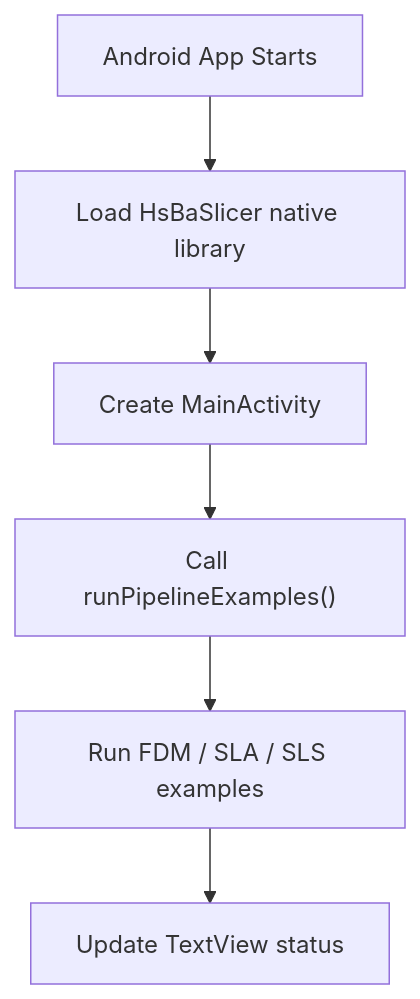
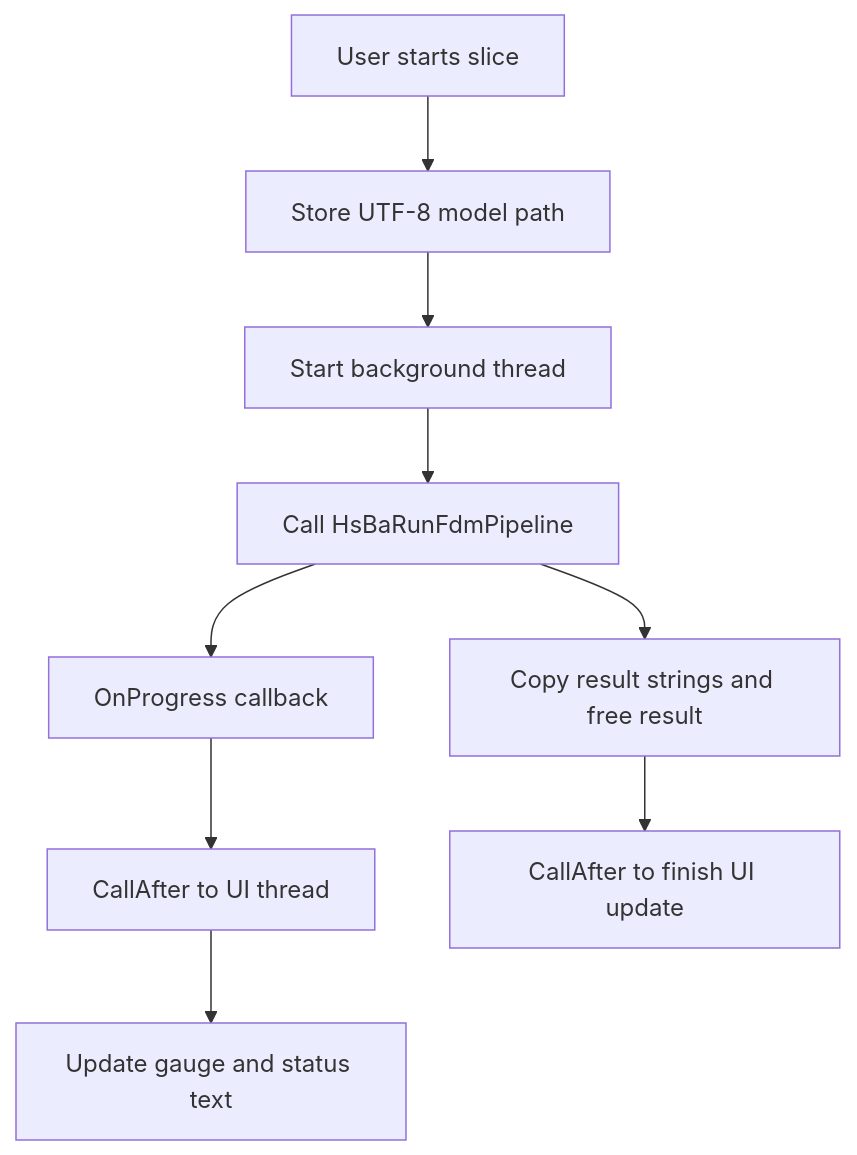
Before and after one commit to hsmbanlance/HsBaSlicer: the sixth of 9 diagrams in .qoder/repowiki/en/content/Integration Guide/Integration Guide.md, drawn with Mermaid. The commit also changed other lines of this file and 1095 other files, not shown here.

````diff
--- a/.qoder/repowiki/en/content/Integration Guide/Integration Guide.md
+++ b/.qoder/repowiki/en/content/Integration Guide/Integration Guide.md
@@ -356,8 +237,11 @@
 ```mermaid
 flowchart TD
-AppStart["Android App Starts"] --> LoadLib["Load HsBaSlicer native library"]
-LoadLib --> CreateActivity["Create MainActivity"]
-CreateActivity --> CallNative["Call runPipelineExamples()"]
-CallNative --> RunExamples["Run FDM / SLA / SLS examples"]
-RunExamples --> UpdateUI["Update TextView status"]
+Click["User starts slice"] --> StorePath["Store UTF-8 model path"]
+StorePath --> Thread["Start background thread"]
+Thread --> Run["Call HsBaRunFdmPipeline"]
+Run --> Callback["OnProgress callback"]
+Callback --> CallAfter["CallAfter to UI thread"]
+CallAfter --> Gauge["Update gauge and status text"]
+Run --> Done["Copy result strings and free result"]
+Done --> CallAfterDone["CallAfter to finish UI update"]
 ```
````
